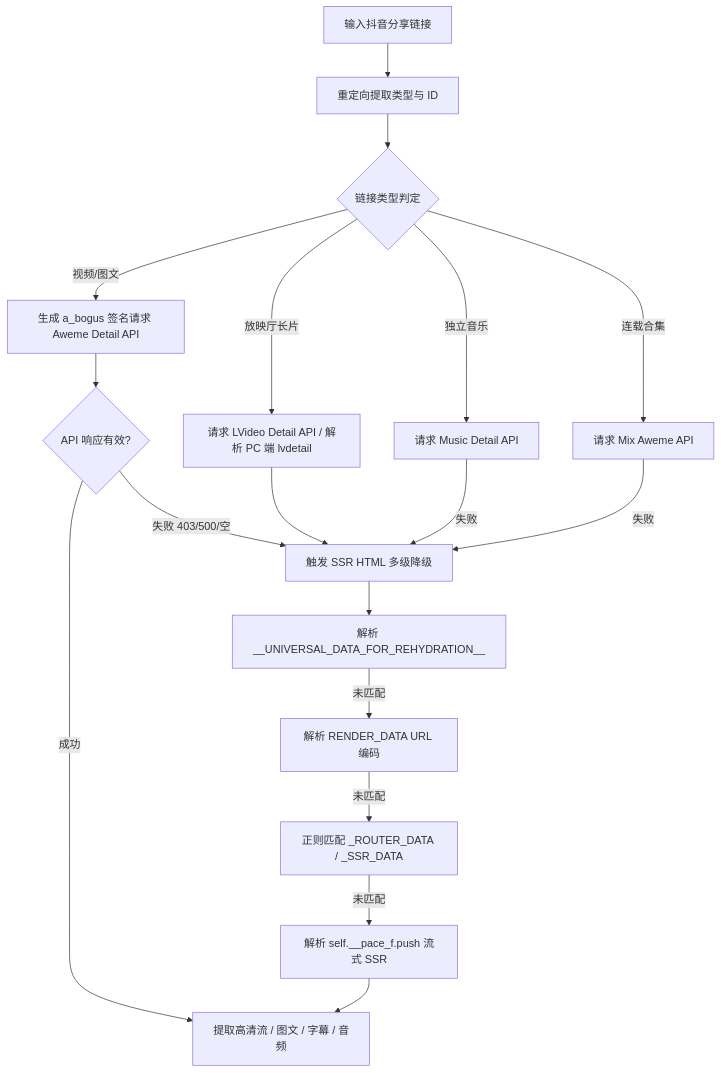
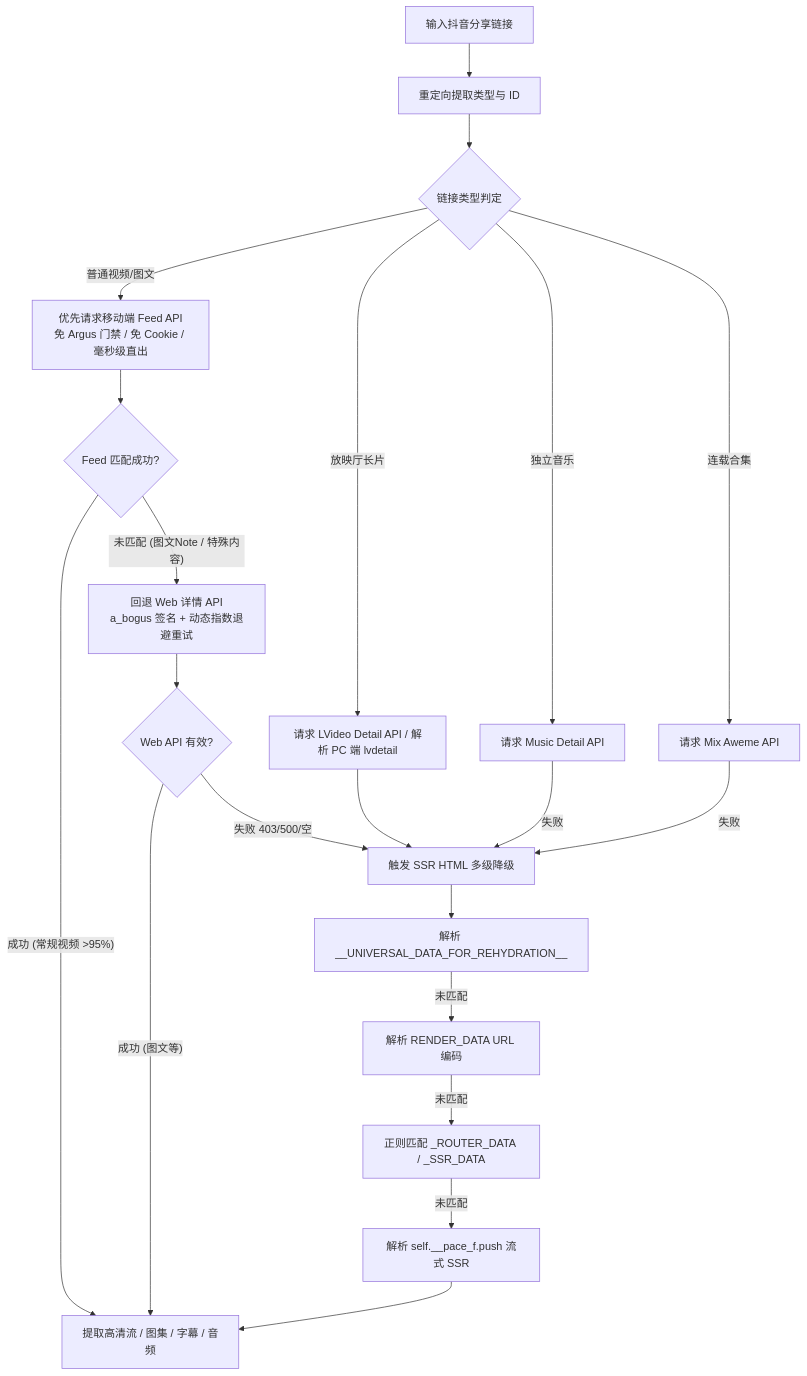
The diagram in docs/parsers/douyin.md (ucmao/media-parser), drawn with Mermaid before and after one commit. The commit also changed other lines of this file and 4 other files, not shown here.

````diff
--- a/docs/parsers/douyin.md
+++ b/docs/parsers/douyin.md
@@ -42,23 +42,27 @@
 ```mermaid
 flowchart TD
     A[输入抖音分享链接] --> B[重定向提取类型与 ID]
     B --> C{链接类型判定}
     C -- 独立音乐 --> M1[请求 Music Detail API]
     C -- 连载合集 --> K1[请求 Mix Aweme API]
     C -- 放映厅长片 --> L1[请求 LVideo Detail API / 解析 PC 端 lvdetail]
-    C -- 视频/图文 --> D1[生成 a_bogus 签名请求 Aweme Detail API]
+    C -- 普通视频/图文 --> F0[优先请求移动端 Feed API\n免 Argus 门禁 / 免 Cookie / 毫秒级直出]
     
-    D1 --> D2{API 响应有效?}
-    D2 -- 成功 --> E[提取高清流 / 图文 / 字幕 / 音频]
+    F0 --> F1{Feed 匹配成功?}
+    F1 -- 成功 (常规视频 >95%) --> E[提取高清流 / 图集 / 字幕 / 音频]
+    F1 -- 未匹配 (图文Note / 特殊内容) --> D1[回退 Web 详情 API\na_bogus 签名 + 动态指数退避重试]
+    
+    D1 --> D2{Web API 有效?}
+    D2 -- 成功 (图文等) --> E
     D2 -- 失败 403/500/空 --> F[触发 SSR HTML 多级降级]
     
     L1 --> F
     M1 -- 失败 --> F
     K1 -- 失败 --> F
     
     F --> G1[解析 __UNIVERSAL_DATA_FOR_REHYDRATION__]
     G1 -- 未匹配 --> G2[解析 RENDER_DATA URL 编码]
     G2 -- 未匹配 --> G3[正则匹配 _ROUTER_DATA / _SSR_DATA]
     G3 -- 未匹配 --> G4[解析 self.__pace_f.push 流式 SSR]
     G4 --> E
 ```
````
